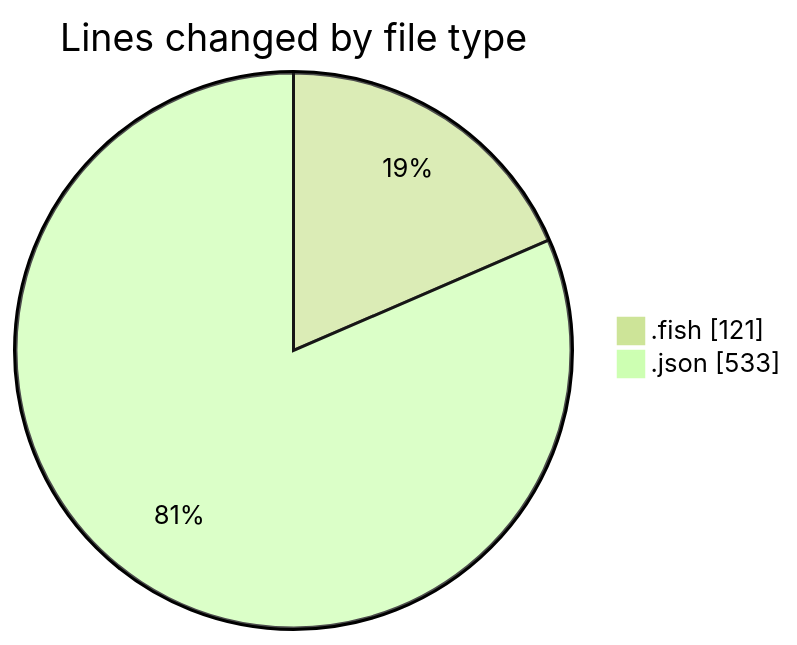
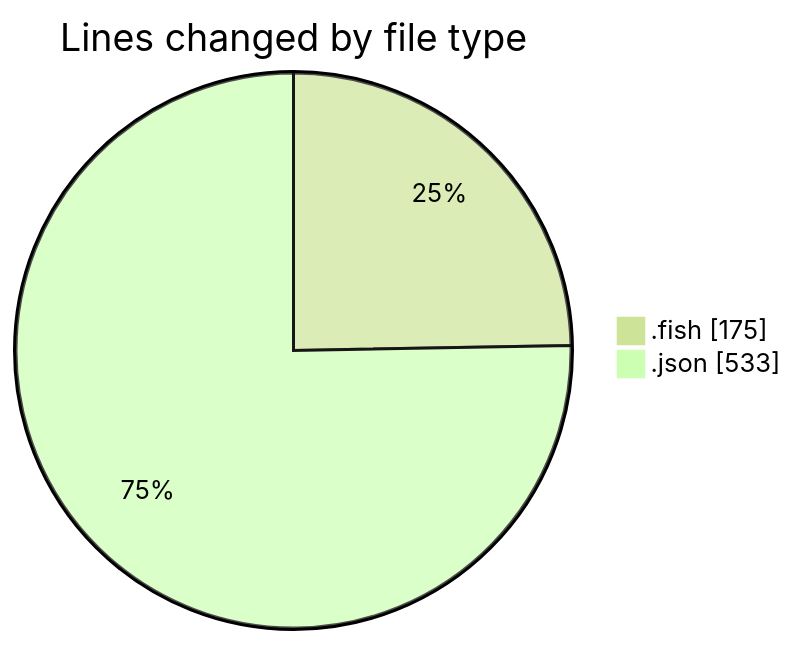
One commit to EIIisD/code-tracking changed the first of 2 diagrams in 2025-07-24/fish/README.md. Above: the diagram before and after it, drawn with Mermaid (forest theme). The commit also changed other lines of this file and 1 other file, not shown here.

````diff
--- a/2025-07-24/fish/README.md
+++ b/2025-07-24/fish/README.md
@@ -23,6 +24,6 @@
 ```mermaid
 pie showData
 title Lines changed by file type
-".fish" : 121
+".fish" : 175
 ".json" : 533
 ```
````
